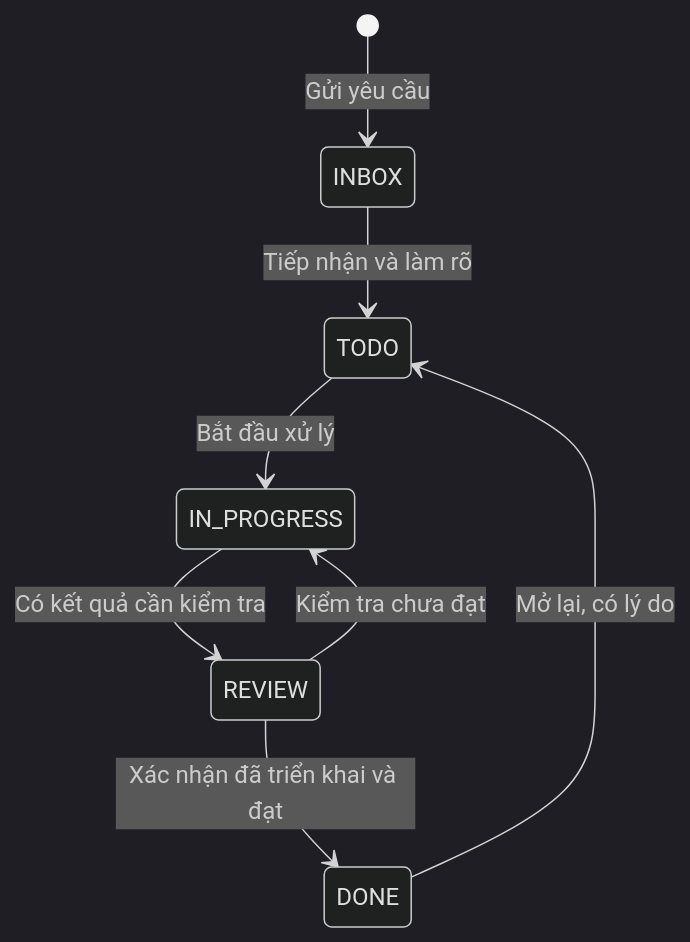
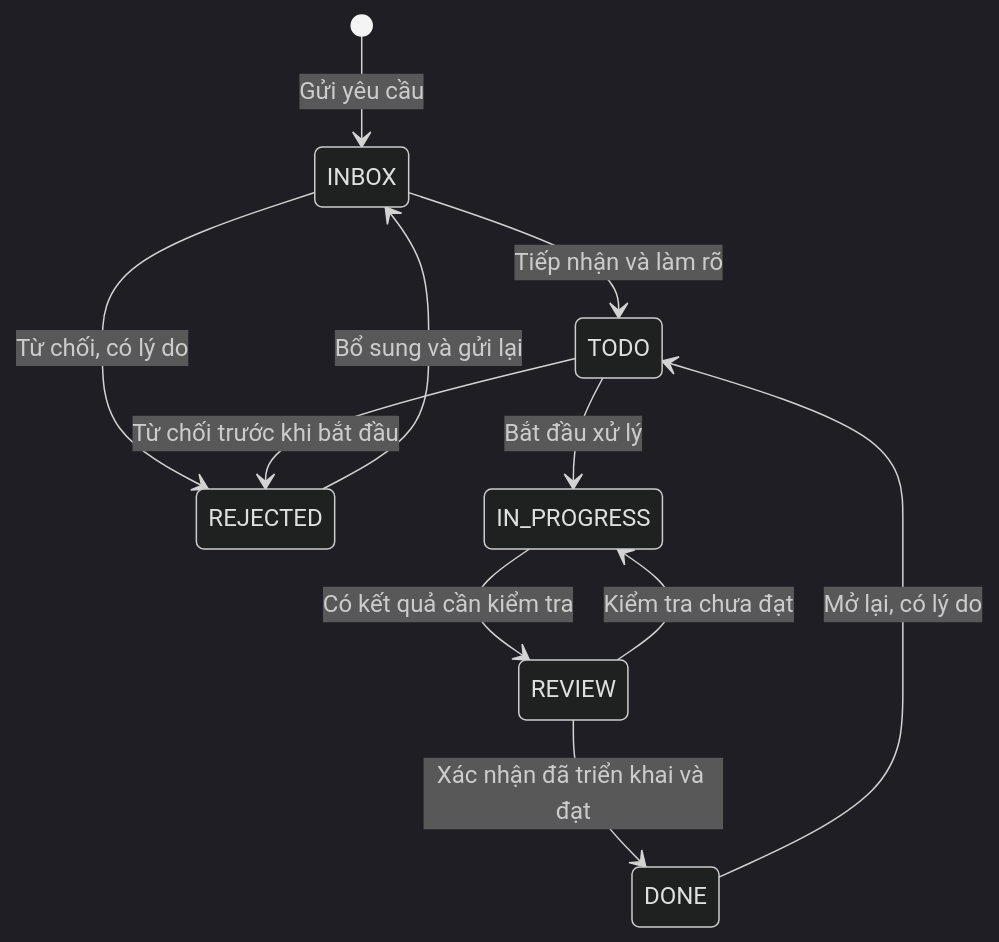
The diagram in DAC_TA_QUAN_LY_CONG_VIEC_KANBAN.md (huynv-xyz/vlife-chat-docs), drawn with Mermaid (dark theme) before and after one commit. The commit also changed other lines of this file and 1 other file, not shown here.

````diff
--- a/DAC_TA_QUAN_LY_CONG_VIEC_KANBAN.md
+++ b/DAC_TA_QUAN_LY_CONG_VIEC_KANBAN.md
@@ -71,10 +71,13 @@
 ```mermaid
 stateDiagram-v2
     [*] --> INBOX: Gửi yêu cầu
     INBOX --> TODO: Tiếp nhận và làm rõ
+    INBOX --> REJECTED: Từ chối, có lý do
+    TODO --> REJECTED: Từ chối trước khi bắt đầu
+    REJECTED --> INBOX: Bổ sung và gửi lại
     TODO --> IN_PROGRESS: Bắt đầu xử lý
     IN_PROGRESS --> REVIEW: Có kết quả cần kiểm tra
     REVIEW --> IN_PROGRESS: Kiểm tra chưa đạt
     REVIEW --> DONE: Xác nhận đã triển khai và đạt
     DONE --> TODO: Mở lại, có lý do
 ```
````
